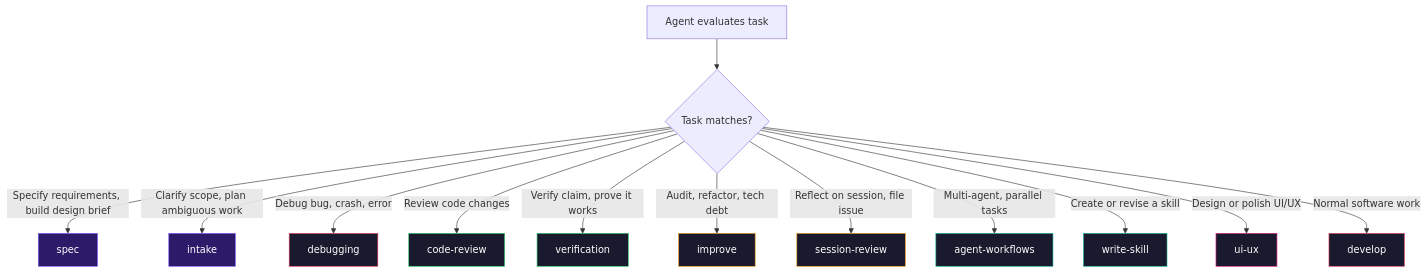
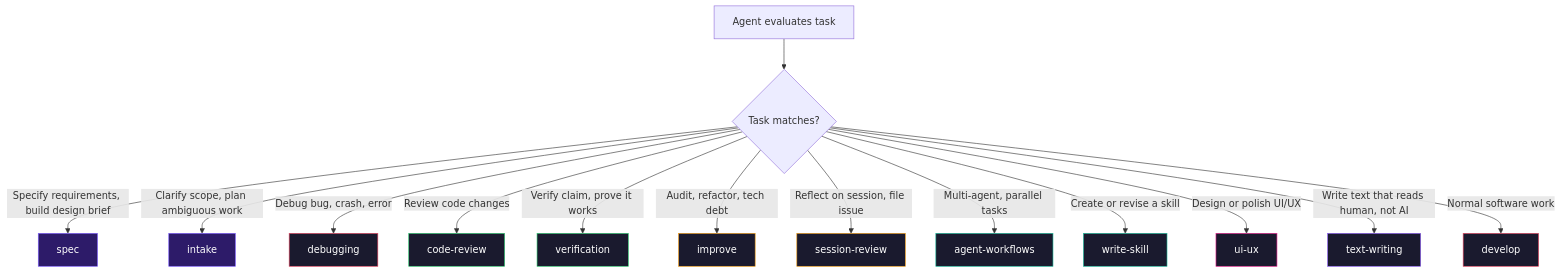
One commit to MarkBovee/agent-skills-kit changed the diagram in README.md. Above: the diagram before and after it, drawn with Mermaid. The commit also changed other lines of this file and 19 other files, not shown here.

First line of the commit message:
feat: add text-writing skill to avoid AI-slop in human-facing text (v1.3.0)

````diff
--- a/README.md
+++ b/README.md
@@ -275,27 +277,29 @@
 ```mermaid
 flowchart TD
     A[Agent evaluates task] --> B{Task matches?}
     B -->|Specify requirements, build design brief| S[spec]
     B -->|Clarify scope, plan ambiguous work| I[intake]
     B -->|Debug bug, crash, error| D[debugging]
     B -->|Review code changes| CR[code-review]
     B -->|Verify claim, prove it works| V[verification]
     B -->|Audit, refactor, tech debt| R[improve]
     B -->|Reflect on session, file issue| G[session-review]
     B -->|Multi-agent, parallel tasks| A2[agent-workflows]
     B -->|Create or revise a skill| W[write-skill]
     B -->|Design or polish UI/UX| U[ui-ux]
+    B -->|Write text that reads human, not AI| T[text-writing]
     B -->|Normal software work| DE[develop]
 
     style S fill:#2d1b69,stroke:#7C5CFF,color:#fff
     style I fill:#2d1b69,stroke:#7C5CFF,color:#fff
     style D fill:#1a1a2e,stroke:#e94560,color:#fff
     style DE fill:#1a1a2e,stroke:#e94560,color:#fff
     style CR fill:#1a1a2e,stroke:#2ecc71,color:#fff
     style V fill:#1a1a2e,stroke:#2ecc71,color:#fff
     style R fill:#1a1a2e,stroke:#f39c12,color:#fff
     style G fill:#1a1a2e,stroke:#f39c12,color:#fff
     style A2 fill:#1a1a2e,stroke:#1abc9c,color:#fff
     style W fill:#1a1a2e,stroke:#1abc9c,color:#fff
     style U fill:#1a1a2e,stroke:#e91e8c,color:#fff
+    style T fill:#1a1a2e,stroke:#8b5cf6,color:#fff
 ```
````
